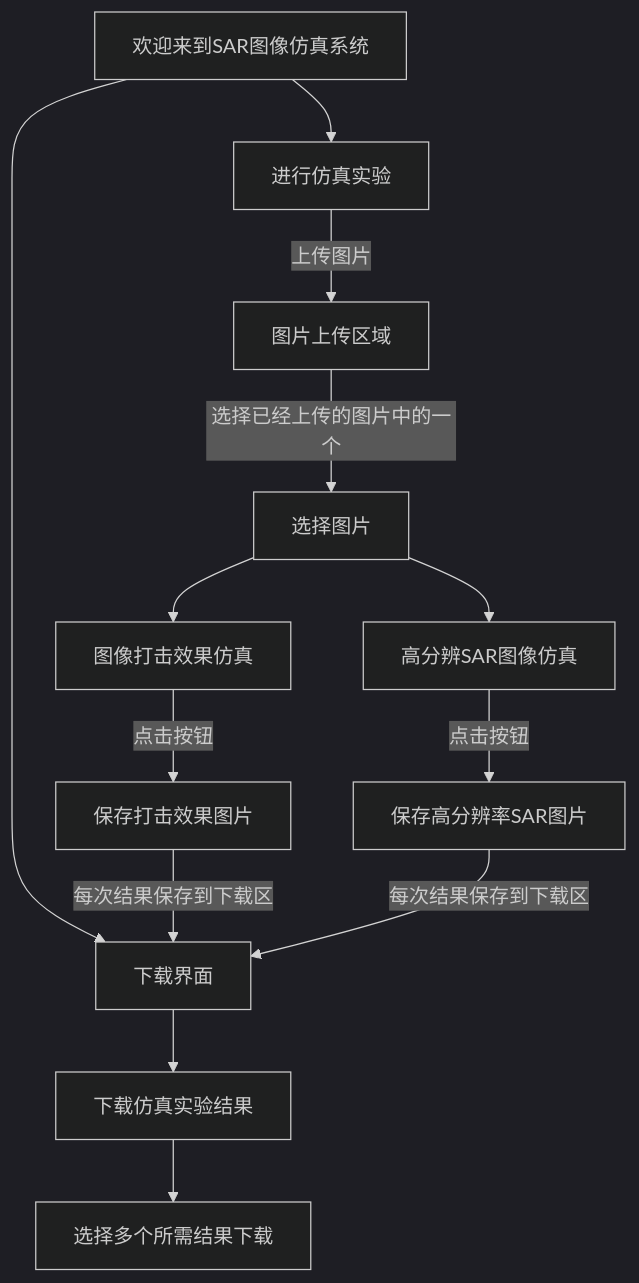
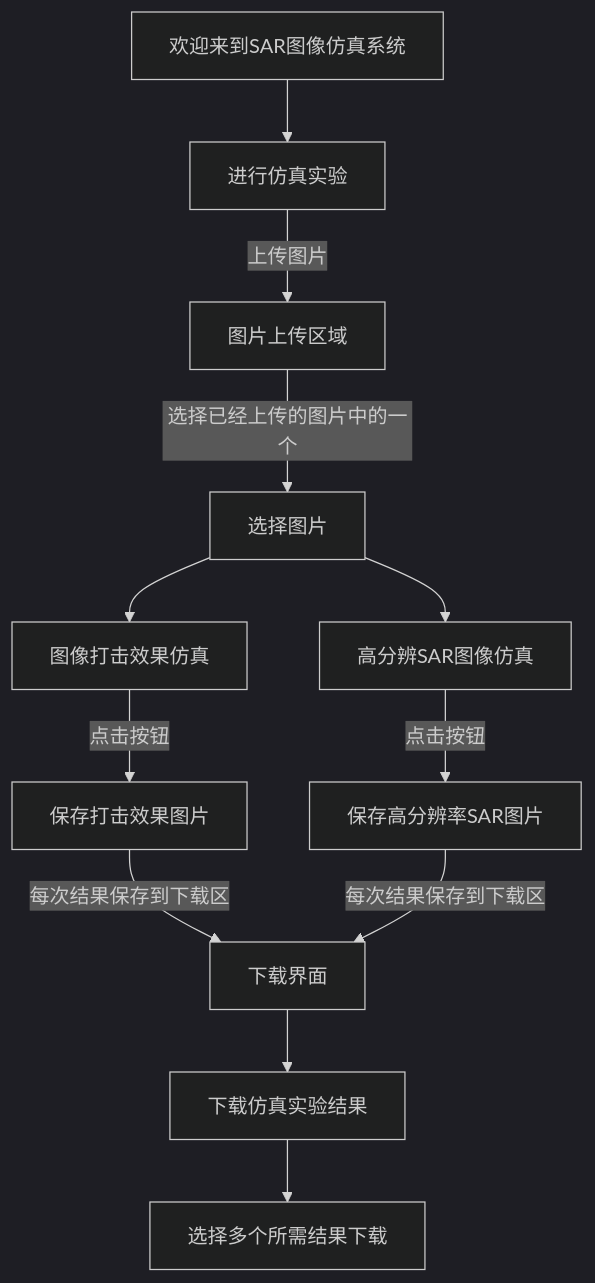
The diagram in markdown_notes/界面绘图.md (NUAAteam/SAR), drawn with Mermaid (dark theme) before and after one commit. The commit also changed 31 other files, not shown here.

````diff
--- a/markdown_notes/界面绘图.md
+++ b/markdown_notes/界面绘图.md
@@ -1,28 +1,27 @@
 ```mermaid
 graph TD
   A[欢迎来到SAR图像仿真系统]
   B[进行仿真实验]
   C[图片上传区域]
   E[选择图片]
   F[图像打击效果仿真]
   G[高分辨SAR图像仿真]
   J0[下载界面]
   J[下载仿真实验结果]
   J1[选择多个所需结果下载]
   H1[保存打击效果图片]
   H2[保存高分辨率SAR图片]
   A --> B
   B --> |上传图片|C
   C --> |选择已经上传的图片中的一个|E
   E --> F
   E --> G
   F --> |点击按钮|H1
   G --> |点击按钮|H2
-  A -->J0
   J0-->J
   J -->J1
   H1--> |每次结果保存到下载区|J0
   H2--> |每次结果保存到下载区|J0
 
 
 ```
````
